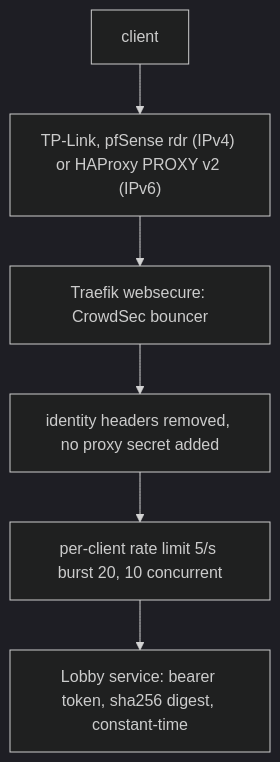
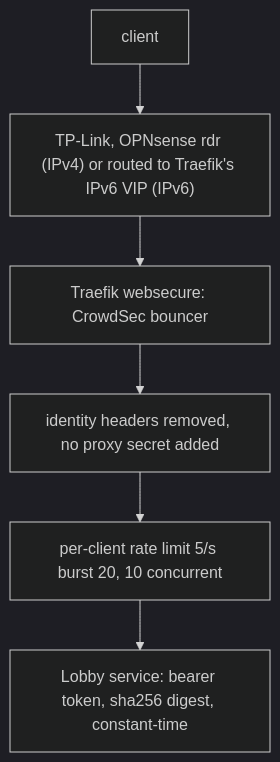
Before and after one commit to ViktorBarzin/infra: the diagram in docs/runbooks/terminal-api.md, drawn with Mermaid (dark theme). The commit also changed 53 other files, not shown here.

````diff
--- a/docs/runbooks/terminal-api.md
+++ b/docs/runbooks/terminal-api.md
@@ -18,8 +18,8 @@
 ```mermaid
 flowchart TD
-  C["client"] --> E["TP-Link, pfSense rdr (IPv4) or HAProxy PROXY v2 (IPv6)"]
+  C["client"] --> E["TP-Link, OPNsense rdr (IPv4) or routed to Traefik's IPv6 VIP (IPv6)"]
   E --> B["Traefik websecure: CrowdSec bouncer"]
   B --> H["identity headers removed, no proxy secret added"]
   H --> R["per-client rate limit 5/s burst 20, 10 concurrent"]
   R --> L["Lobby service: bearer token, sha256 digest, constant-time"]
 ```
````
